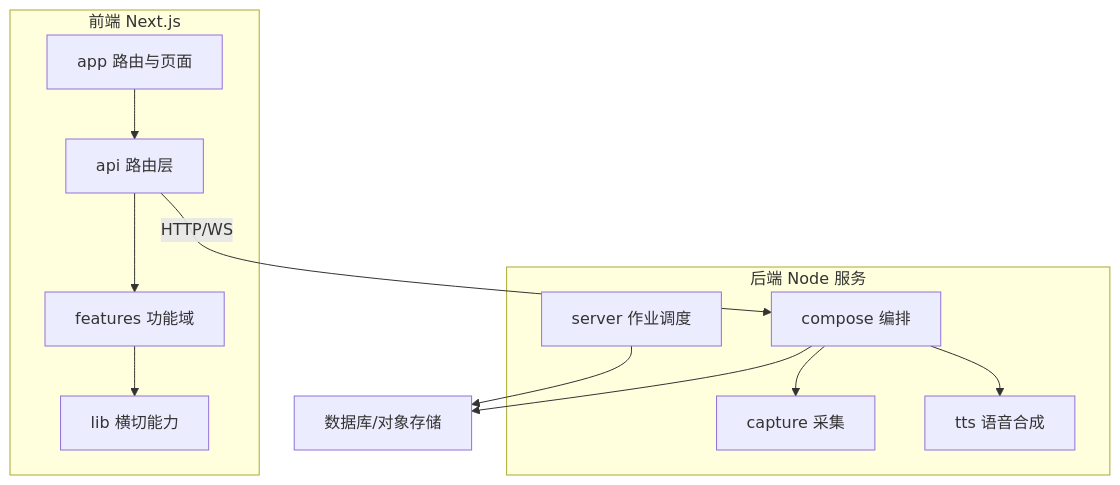
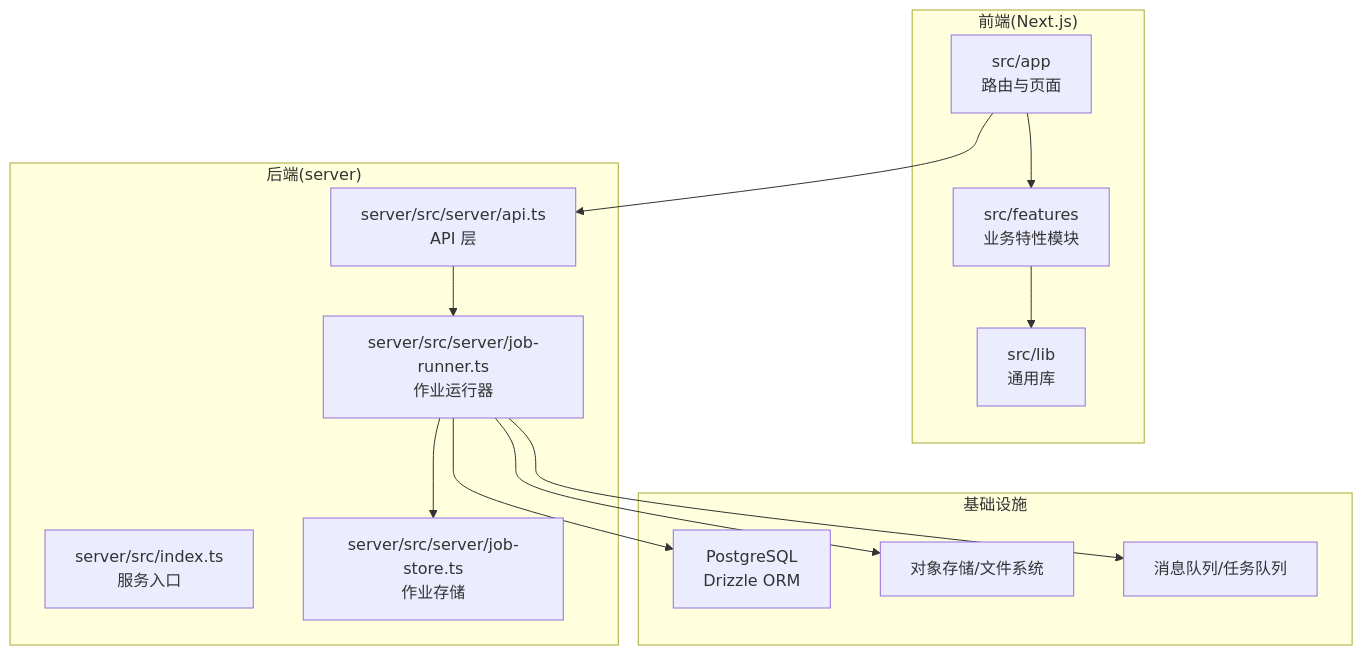
The first of 8 diagrams in .qoder/repowiki/zh/content/项目概述/架构设计理念.md (scottcwy/PurpleInk), drawn with Mermaid before and after one commit. The commit also changed other lines of this file and 872 other files, not shown here.

````diff
--- a/.qoder/repowiki/zh/content/项目概述/架构设计理念.md
+++ b/.qoder/repowiki/zh/content/项目概述/架构设计理念.md
@@ -51,24 +66,27 @@
 ```mermaid
 graph TB
-subgraph "前端 Next.js"
-A["app 路由与页面"]
-B["api 路由层"]
-C["features 功能域"]
-D["lib 横切能力"]
+subgraph "前端(Next.js)"
+A["src/app<br/>路由与页面"]
+B["src/features<br/>业务特性模块"]
+C["src/lib<br/>通用库"]
 end
-subgraph "后端 Node 服务"
-E["compose 编排"]
-F["capture 采集"]
-G["tts 语音合成"]
-H["server 作业调度"]
+subgraph "后端(server)"
+D["server/src/index.ts<br/>服务入口"]
+E["server/src/server/api.ts<br/>API 层"]
+F["server/src/server/job-runner.ts<br/>作业运行器"]
+G["server/src/server/job-store.ts<br/>作业存储"]
 end
-I["数据库/对象存储"]
+subgraph "基础设施"
+H["PostgreSQL<br/>Drizzle ORM"]
+I["对象存储/文件系统"]
+J["消息队列/任务队列"]
+end
 A --> B
 B --> C
-C --> D
-B --> |HTTP/WS| E
+A --> E
 E --> F
-E --> G
-H --> I
-E --> I
+F --> G
+F --> H
+F --> I
+F --> J
 ```
````
